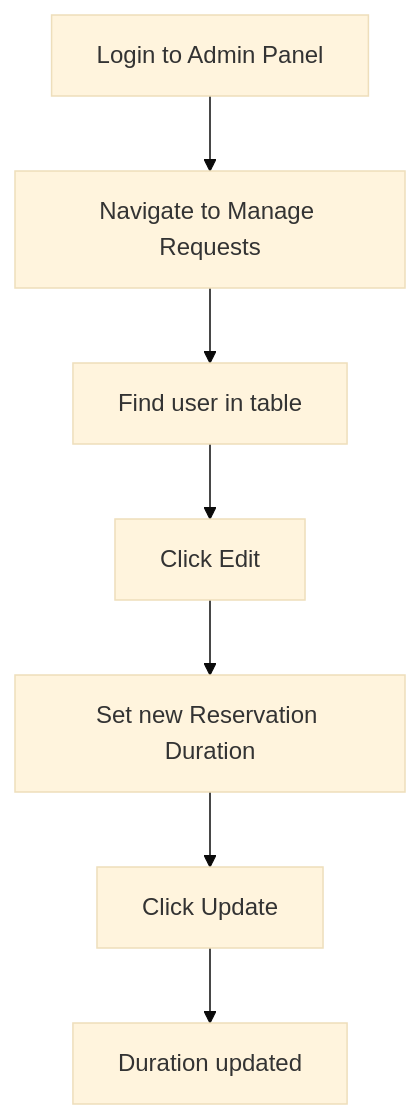
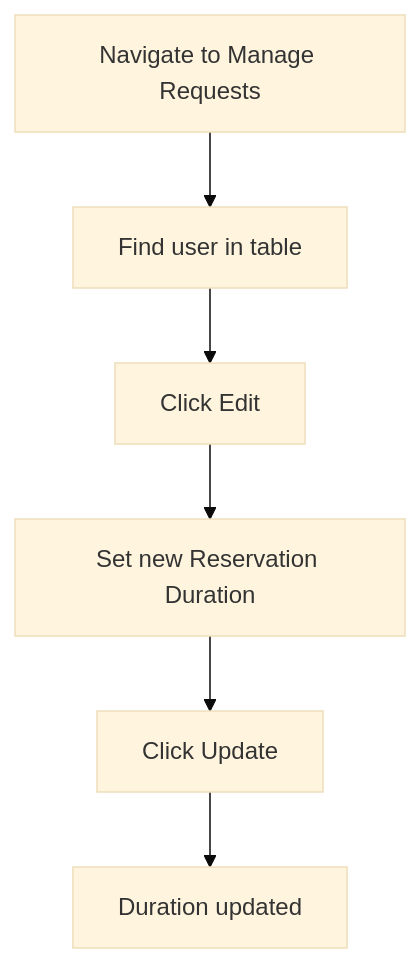
The fourth of 7 diagrams in docs/source/workflow-examples.rst (ColfaxResearch/cxpn-admin-readthedocs), drawn with Mermaid (base theme) before and after one commit. The commit also changed other lines of this file, not shown here.

Commit message:
remove redundant login step from workflow diagrams

```diff
--- a/docs/source/workflow-examples.rst
+++ b/docs/source/workflow-examples.rst
@@ -75,9 +72,8 @@
 .. mermaid::
 
    graph TD
-       A[Login to Admin Panel] --> B[Navigate to Manage Requests]
-       B --> C[Find user in table]
-       C --> D[Click Edit]
-       D --> E[Set new Reservation Duration]
-       E --> F[Click Update]
-       F --> G[Duration updated]
+       A[Navigate to Manage Requests] --> B[Find user in table]
+       B --> C[Click Edit]
+       C --> D[Set new Reservation Duration]
+       D --> E[Click Update]
+       E --> F[Duration updated]
```
